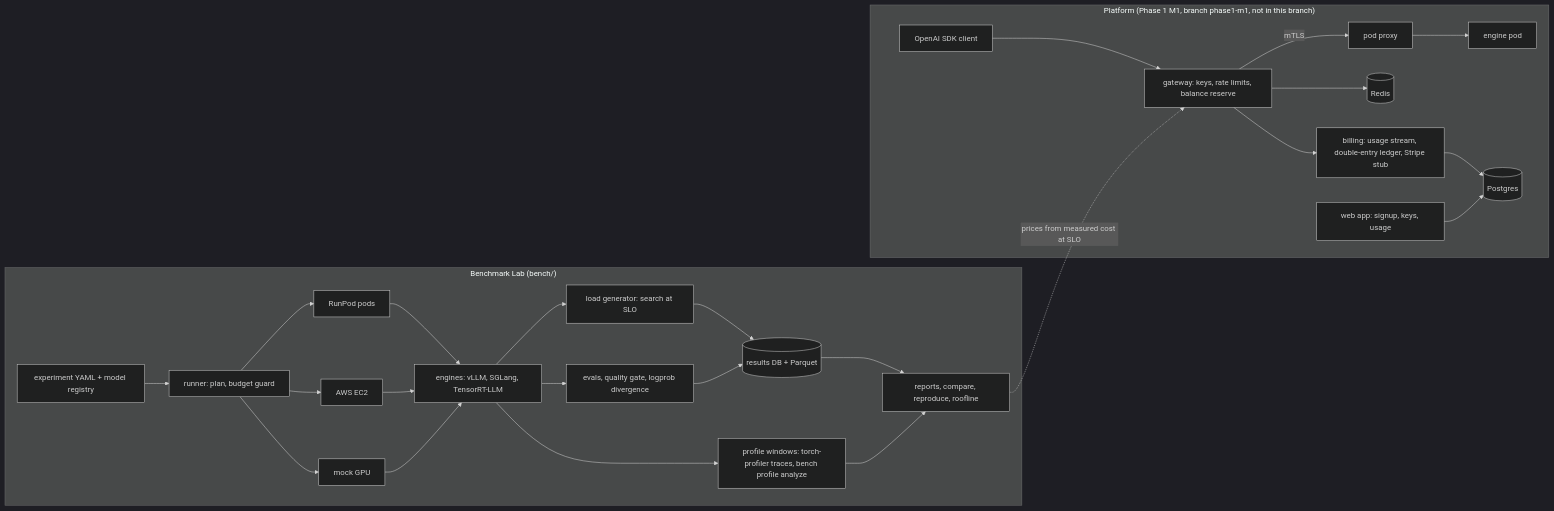
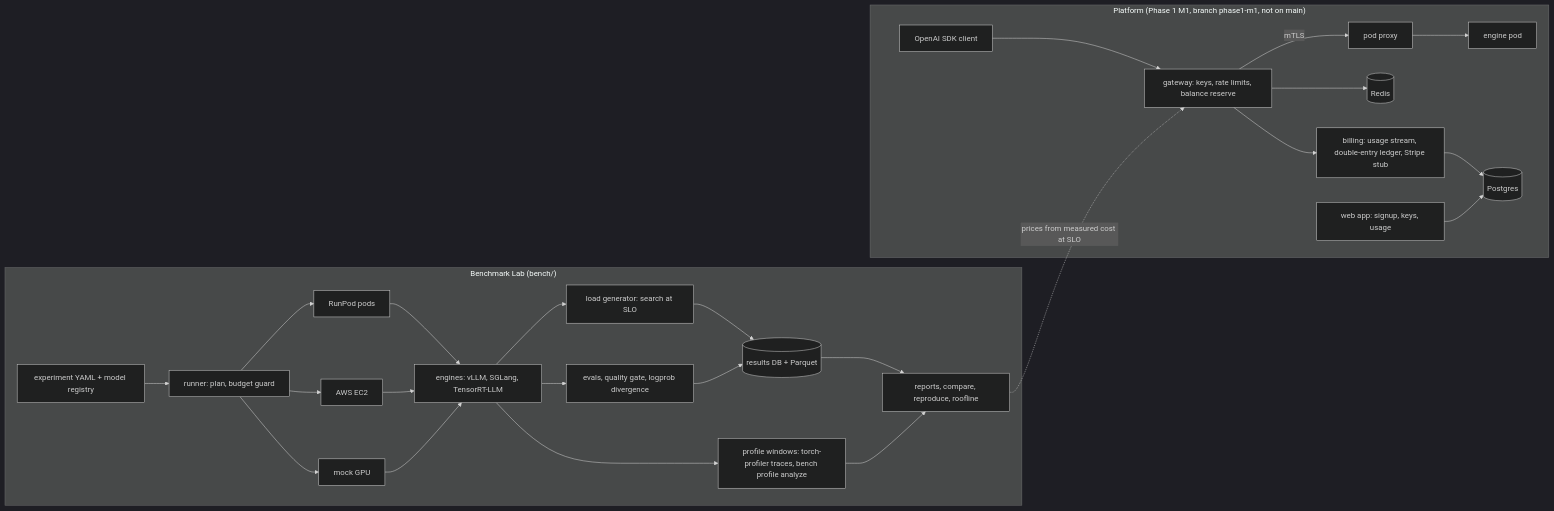
One commit to arulster17/loom changed the diagram in README.md. Above: the diagram before and after it, drawn with Mermaid (dark theme). The commit also changed other lines of this file, not shown here.

Commit message:
README: say "not on main" for the phase1-m1 platform code

````diff
--- a/README.md
+++ b/README.md
@@ -175,29 +175,29 @@
 ```mermaid
 flowchart LR
   subgraph Lab["Benchmark Lab (bench/)"]
     Y["experiment YAML + model registry"] --> R["runner: plan, budget guard"]
     R --> RP["RunPod pods"]
     R --> AW["AWS EC2"]
     R --> MK["mock GPU"]
     RP --> EN["engines: vLLM, SGLang, TensorRT-LLM"]
     AW --> EN
     MK --> EN
     EN --> LG["load generator: search at SLO"]
     EN --> EV["evals, quality gate, logprob divergence"]
     LG --> DB[("results DB + Parquet")]
     EV --> DB
     EN --> PF["profile windows: torch-profiler traces, bench profile analyze"]
     DB --> RE["reports, compare, reproduce, roofline"]
     PF --> RE
   end
-  subgraph Platform["Platform (Phase 1 M1, branch phase1-m1, not in this branch)"]
+  subgraph Platform["Platform (Phase 1 M1, branch phase1-m1, not on main)"]
     CL["OpenAI SDK client"] --> GW["gateway: keys, rate limits, balance reserve"]
     GW -->|mTLS| PP["pod proxy"]
     PP --> PD["engine pod"]
     GW --> RD[("Redis")]
     GW --> BL["billing: usage stream, double-entry ledger, Stripe stub"]
     BL --> PG[("Postgres")]
     WB["web app: signup, keys, usage"] --> PG
   end
   RE -.->|prices from measured cost at SLO| GW
 ```
````
